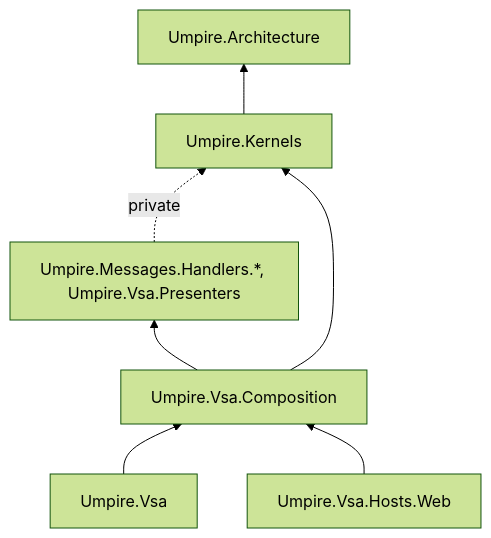
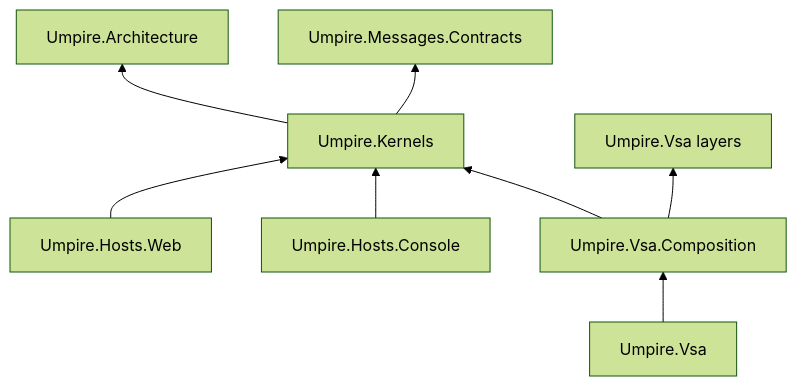
One commit to MgCohen/vsa-template changed the diagram in docs/composition.md. Above: the diagram before and after it, drawn with Mermaid (forest theme). The commit also changed other lines of this file and 11 other files, not shown here.

````diff
--- a/docs/composition.md
+++ b/docs/composition.md
@@ -315,9 +354,10 @@
 ```mermaid
 flowchart BT
     Kernel["Umpire.Kernels"] --> Definition["Umpire.Architecture"]
-    Layers["Umpire.Messages.Handlers.*, Umpire.Vsa.Presenters"] -. private .-> Kernel
+    Kernel --> Contracts["Umpire.Messages.Contracts"]
+    Web["Umpire.Hosts.Web"] --> Kernel
+    Console["Umpire.Hosts.Console"] --> Kernel
     Composition["Umpire.Vsa.Composition"] --> Kernel
-    Composition --> Layers
+    Composition --> Layers["Umpire.Vsa layers"]
     VsaDefinition["Umpire.Vsa"] --> Composition
-    Host["Umpire.Vsa.Hosts.Web"] --> Composition
 ```
````
